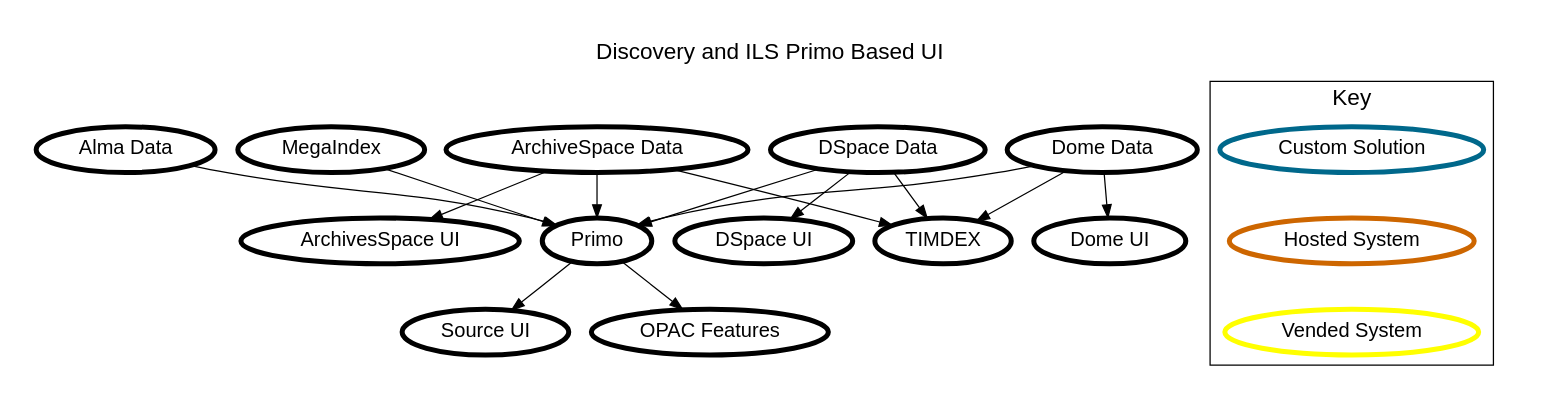
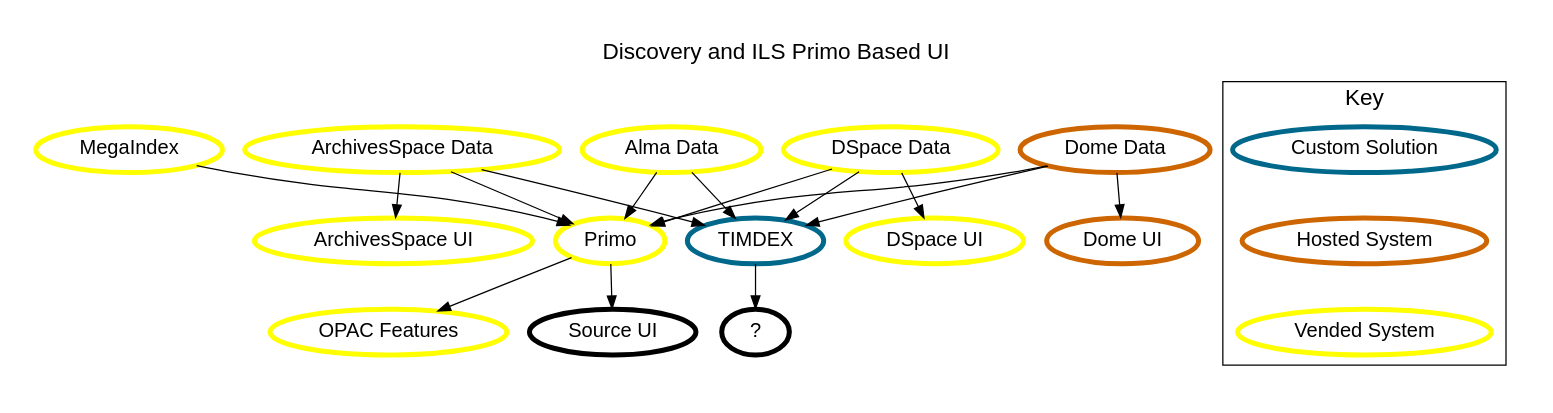
One commit to JPrevost/jprevost.github.io changed the diagram in talks/disco_overview/dots/primo_all.dot. Above: the diagram before and after it, drawn with Graphviz. The commit also changed 3 other files, not shown here.

Commit message:
update charts

```diff
--- a/talks/disco_overview/dots/primo_all.dot
+++ b/talks/disco_overview/dots/primo_all.dot
@@ -1,44 +1,58 @@
 // dot timdex_central.dot -Tpng > timdex_central.png
 // requires installation of GraphViz (brew install graphviz, or
 // http://www.graphviz.org/Download..php if that doesn't work)
 
 digraph G {
   label="Discovery and ILS Primo Based UI";
   labelloc=t;
   fontname=helvetica;
   fontsize=18;
   node [style=filled, fontname=helvetica, fillcolor=white, penwidth=4, fontsize=16];
   pad=0.3;
 
   "Alma Data" -> Primo
   
-  "ArchiveSpace Data" -> "ArchivesSpace UI"
-  "ArchiveSpace Data" -> Primo
+  "ArchivesSpace Data" -> "ArchivesSpace UI"
+  "ArchivesSpace Data" -> Primo
 
   "DSpace Data" -> "DSpace UI"
   "DSpace Data" -> Primo
 
   "Dome Data" -> "Dome UI"
   "Dome Data" -> Primo
 
-  "ArchiveSpace Data" -> TIMDEX
+  "ArchivesSpace Data" -> TIMDEX
   "DSpace Data" -> TIMDEX
   "Dome Data" -> TIMDEX
 
   "MegaIndex" -> Primo
 
   Primo -> "Source UI"
   Primo -> "OPAC Features"
 
+  Primo[color=Yellow1]
+  "ArchivesSpace Data"[color=Yellow1]
+  "ArchivesSpace UI"[color=Yellow1]
+  "DSpace UI"[color=Yellow1]
+  "DSpace Data"[color=Yellow1]
+  MegaIndex[color=Yellow1]
+  "Alma Data"[color=Yellow1]
+  "OPAC Features"[color=Yellow1]
 
+  "Dome Data"[color=darkorange3]
+  "Dome UI"[color=darkorange3]
 
+  "Alma Data" -> TIMDEX
+  TIMDEX[color=DeepSkyBlue4]
+  TIMDEX -> "?"
+  
   subgraph clusterLegend {
     label="Key";
     {
      k4[label="Vended System", color=Yellow1];
      k2[label="Hosted System", color=darkorange3];
      k1[label="Custom Solution", color=DeepSkyBlue4]
      k1 -> k2 -> k4 [style=invis]
      }
   }
 }
```
